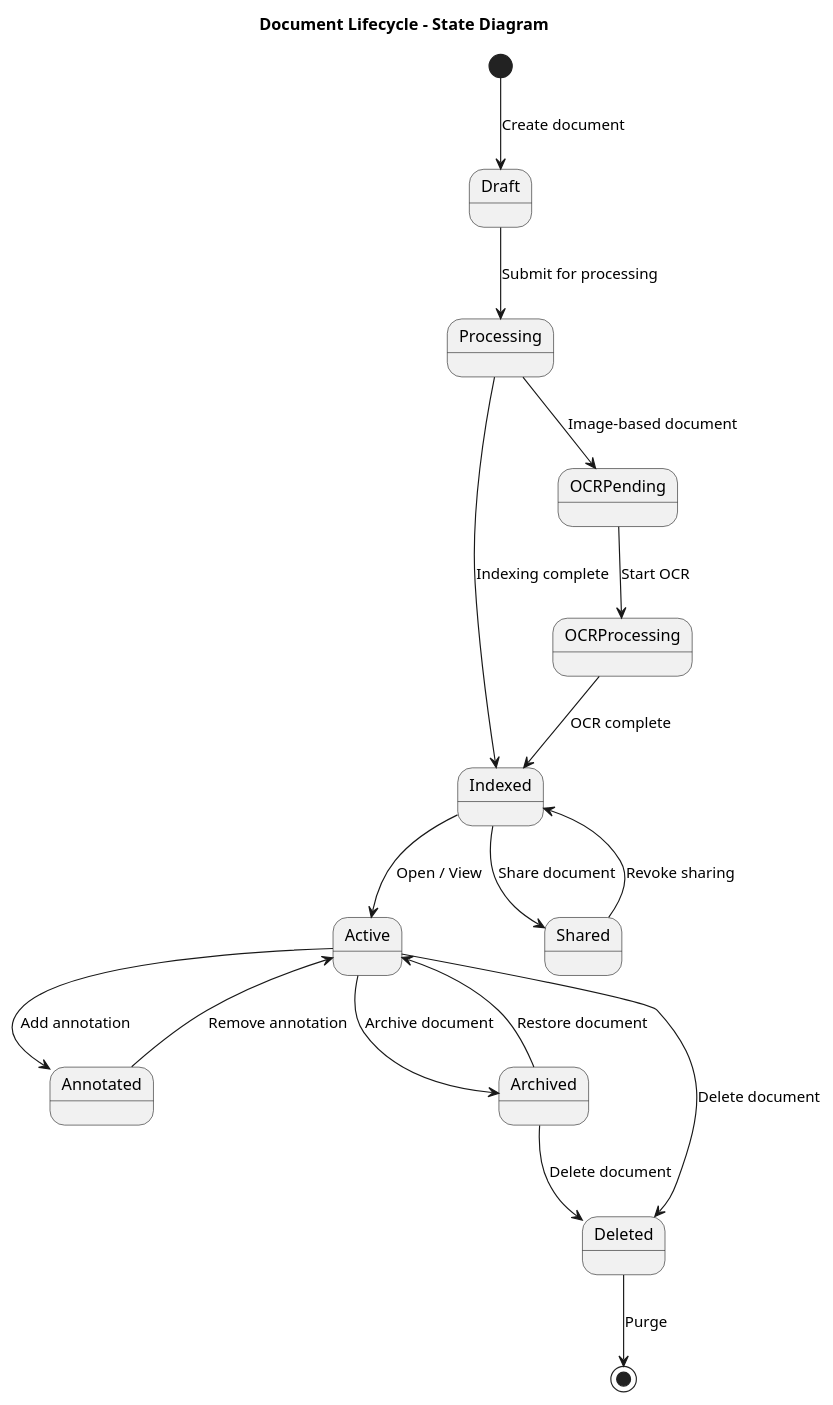
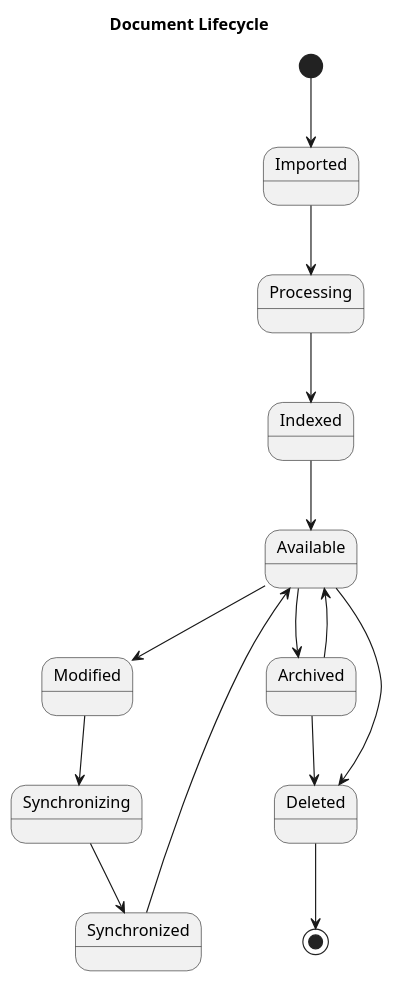
The diagram in V-1/00-Architecture/UML/State/DocumentLifecycle.puml (Sebailla/KnowledgeOS), drawn with PlantUML before and after one commit. The commit also changed 5 other files, not shown here.

Commit message:
feat(documentation): Add state diagrams and lifecycle documentation for Document, Plugin, and Synchronization

```diff
--- a/V-1/00-Architecture/UML/State/DocumentLifecycle.puml
+++ b/V-1/00-Architecture/UML/State/DocumentLifecycle.puml
@@ -1,27 +1,31 @@
 @startuml DocumentLifecycle
-title Document Lifecycle - State Diagram
 
-[*] --> Draft : Create document
+title Document Lifecycle
 
-Draft --> Processing : Submit for processing
-Processing --> Indexed : Indexing complete
-Processing --> OCRPending : Image-based document
+[*] --> Imported
 
-OCRPending --> OCRProcessing : Start OCR
-OCRProcessing --> Indexed : OCR complete
+Imported --> Processing
 
-Indexed --> Active : Open / View
-Active --> Annotated : Add annotation
-Annotated --> Active : Remove annotation
+Processing --> Indexed
 
-Active --> Archived : Archive document
-Archived --> Active : Restore document
+Indexed --> Available
 
-Active --> Deleted : Delete document
-Archived --> Deleted : Delete document
-Deleted --> [*] : Purge
+Available --> Modified
 
-Indexed --> Shared : Share document
-Shared --> Indexed : Revoke sharing
+Modified --> Synchronizing
+
+Synchronizing --> Synchronized
+
+Synchronized --> Available
+
+Available --> Archived
+
+Archived --> Available
+
+Available --> Deleted
+
+Archived --> Deleted
+
+Deleted --> [*]
 
 @enduml
```
